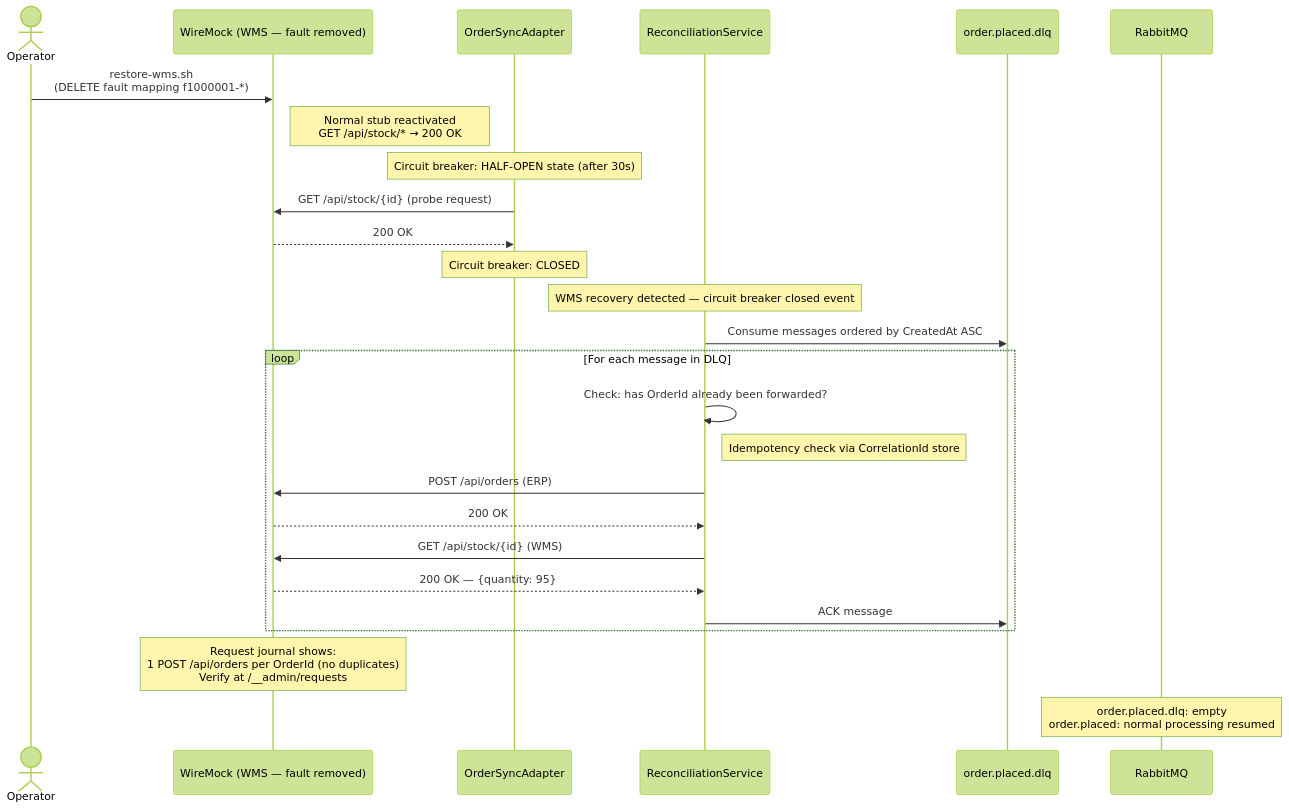
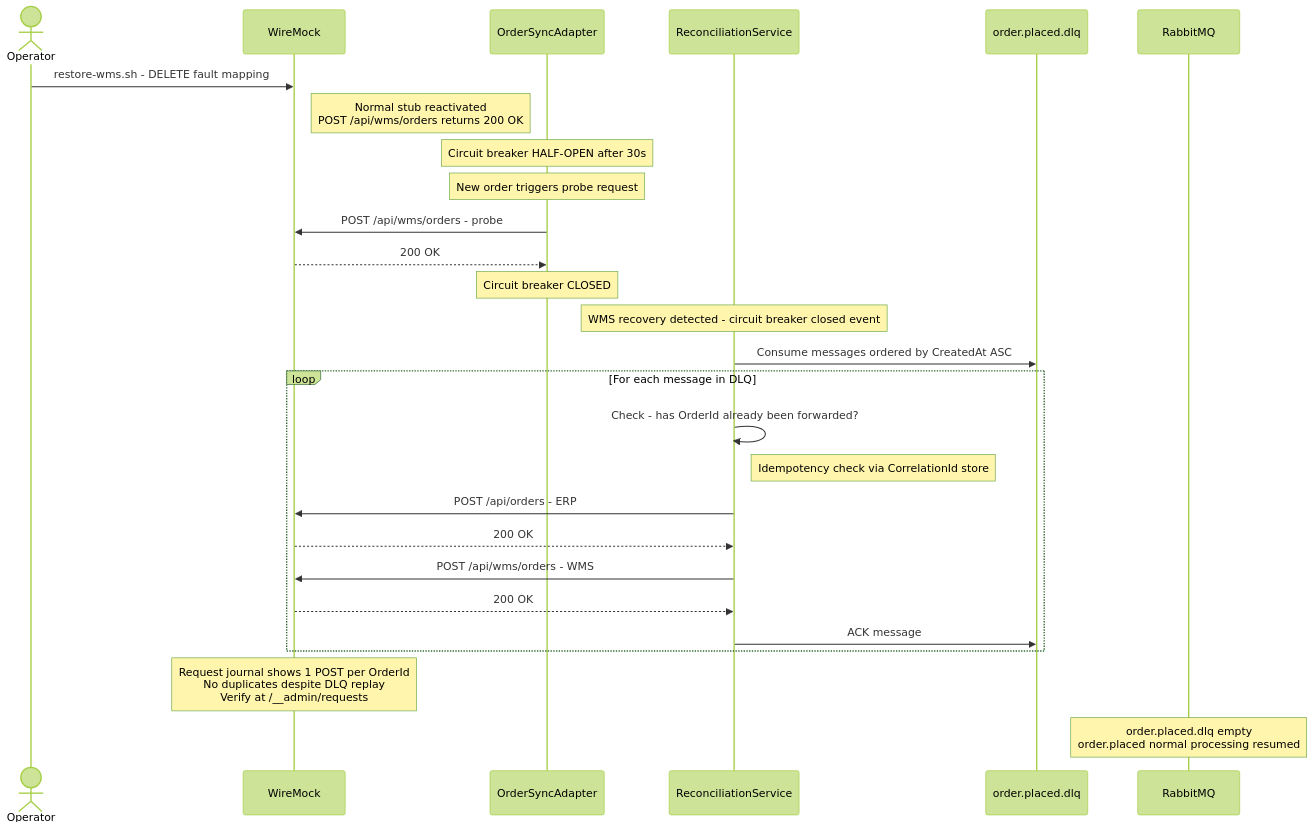
The fourth of 4 diagrams in docs/runtime-interaction-diagrams.md (Assignment2-AS/nopCommerce-Omnichannel-Core), drawn with Mermaid (forest theme) before and after one commit. The commit also changed other lines of this file and 3 other files, not shown here.

Commit message:
docs: update architecture docs to reflect implemented architecture

````diff
--- a/docs/runtime-interaction-diagrams.md
+++ b/docs/runtime-interaction-diagrams.md
@@ -100,33 +130,34 @@
 ```mermaid
 sequenceDiagram
     actor Operator
-    participant WireMock as WireMock (WMS — fault removed)
+    participant WireMock
     participant OrderSync as OrderSyncAdapter
     participant RecSvc as ReconciliationService
     participant DLQ as order.placed.dlq
     participant RabbitMQ
 
-    Operator->>WireMock: restore-wms.sh<br/>(DELETE fault mapping f1000001-*)
-    note right of WireMock: Normal stub reactivated<br/>GET /api/stock/* → 200 OK
+    Operator->>WireMock: restore-wms.sh - DELETE fault mapping
+    note right of WireMock: Normal stub reactivated<br/>POST /api/wms/orders returns 200 OK
 
-    note over OrderSync: Circuit breaker: HALF-OPEN state (after 30s)
-    OrderSync->>WireMock: GET /api/stock/{id} (probe request)
+    note over OrderSync: Circuit breaker HALF-OPEN after 30s
+    note over OrderSync: New order triggers probe request
+    OrderSync->>WireMock: POST /api/wms/orders - probe
     WireMock-->>OrderSync: 200 OK
-    note over OrderSync: Circuit breaker: CLOSED
+    note over OrderSync: Circuit breaker CLOSED
 
-    note over RecSvc: WMS recovery detected — circuit breaker closed event
+    note over RecSvc: WMS recovery detected - circuit breaker closed event
     RecSvc->>DLQ: Consume messages ordered by CreatedAt ASC
 
     loop For each message in DLQ
-        RecSvc->>RecSvc: Check: has OrderId already been forwarded?
+        RecSvc->>RecSvc: Check - has OrderId already been forwarded?
         note right of RecSvc: Idempotency check via CorrelationId store
-        RecSvc->>WireMock: POST /api/orders (ERP)
+        RecSvc->>WireMock: POST /api/orders - ERP
         WireMock-->>RecSvc: 200 OK
-        RecSvc->>WireMock: GET /api/stock/{id} (WMS)
-        WireMock-->>RecSvc: 200 OK — {quantity: 95}
+        RecSvc->>WireMock: POST /api/wms/orders - WMS
+        WireMock-->>RecSvc: 200 OK
         RecSvc->>DLQ: ACK message
     end
 
-    note over WireMock: Request journal shows:<br/>1 POST /api/orders per OrderId (no duplicates)<br/>Verify at /__admin/requests
-    note over RabbitMQ: order.placed.dlq: empty<br/>order.placed: normal processing resumed
+    note over WireMock: Request journal shows 1 POST per OrderId<br/>No duplicates despite DLQ replay<br/>Verify at /__admin/requests
+    note over RabbitMQ: order.placed.dlq empty<br/>order.placed normal processing resumed
 ```
````
